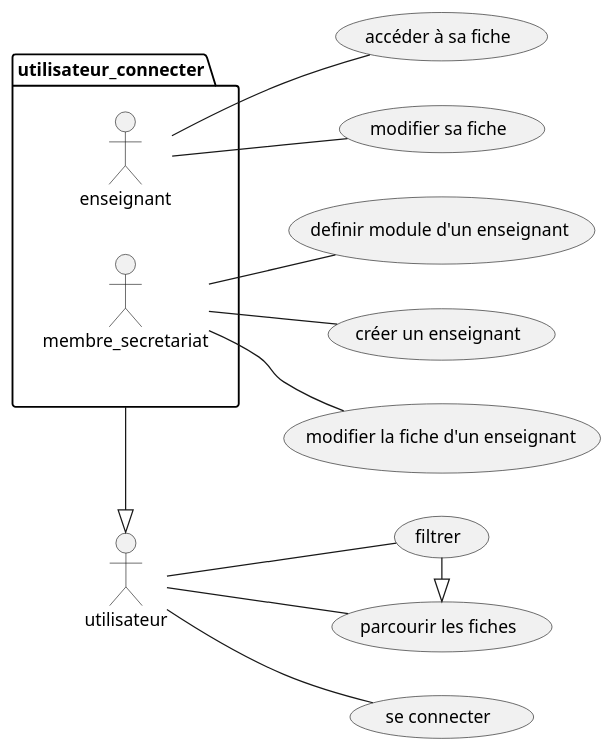
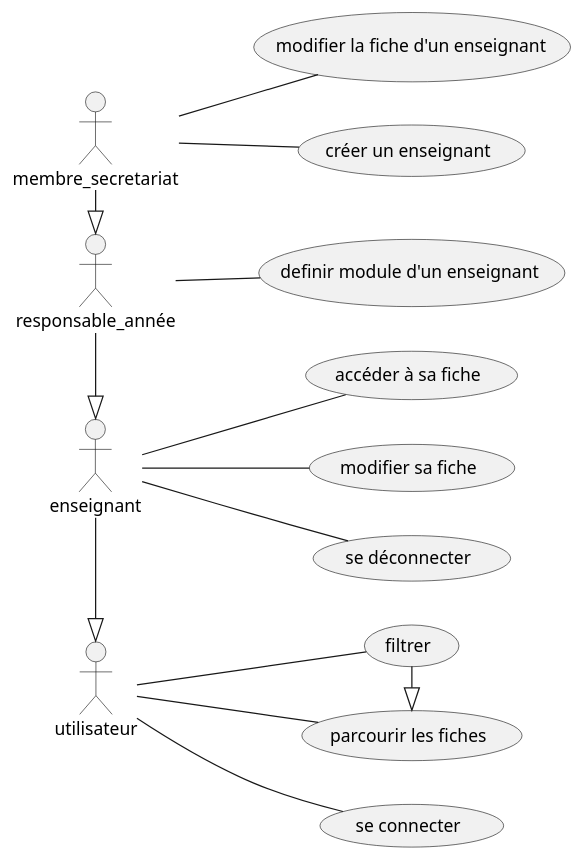
Before and after one commit to IUT-Blagnac/bcoo-retro2021-bcoo-retro2021-g14: the diagram in analyse/projet/usecase/cas-d'utilisation-analyse_conception.wsd, drawn with PlantUML.

```diff
--- a/analyse/projet/usecase/cas-d'utilisation-analyse_conception.wsd
+++ b/analyse/projet/usecase/cas-d'utilisation-analyse_conception.wsd
@@ -1,38 +1,44 @@
 @startuml
 left to right direction
 
 :utilisateur:
-package utilisateur_connecter{
+:membre_secretariat:
+:responsable_année:
 :enseignant:
-:membre_secretariat:
-}
+
 
 usecase filtre as "filtrer"
 usecase acfiche as "accéder à sa fiche"
 usecase modif as "modifier sa fiche"
 usecase parc as "parcourir les fiches"
 usecase def as "definir module d'un enseignant"
 usecase co as "se connecter"
 usecase create as "créer un enseignant"
 usecase modifen as "modifier la fiche d'un enseignant"
+usecase deco as "se déconnecter"
+
 
 utilisateur -- parc
 utilisateur -- filtre
 utilisateur -- co
 
 enseignant -- acfiche
+enseignant -- modif
+enseignant -- deco
 
 membre_secretariat -- modifen
-membre_secretariat -- def
 membre_secretariat -- create
+
+responsable_année -- def
 
 filtre -|> parc
 
-enseignant -- modif
 
-utilisateur_connecter -|> utilisateur
 
+enseignant -|> utilisateur
+responsable_année -|> enseignant
+membre_secretariat -|> responsable_année
 
 
 
 @enduml
```
